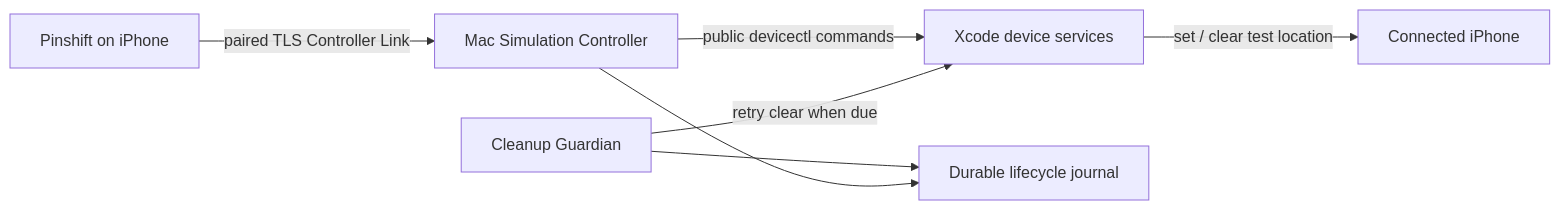
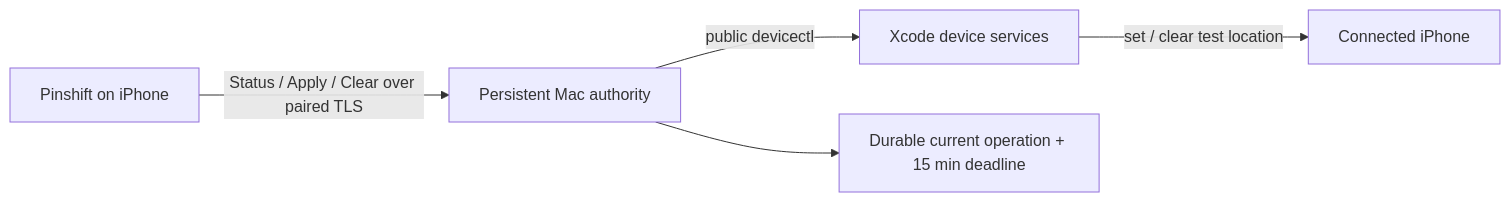
Before and after one commit to sayoriqwq/pinshift: the diagram in README.md, drawn with Mermaid. The commit also changed other lines of this file and 51 other files, not shown here.

````diff
--- a/README.md
+++ b/README.md
@@ -28,9 +28,7 @@
 ```mermaid
 flowchart LR
-  A["Pinshift on iPhone"] -->|"paired TLS Controller Link"| B["Mac Simulation Controller"]
-  B -->|"public devicectl commands"| C["Xcode device services"]
+  A["Pinshift on iPhone"] -->|"Status / Apply / Clear over paired TLS"| B["Persistent Mac authority"]
+  B -->|"public devicectl"| C["Xcode device services"]
   C -->|"set / clear test location"| D["Connected iPhone"]
-  G["Cleanup Guardian"] --> J["Durable lifecycle journal"]
-  B --> J
-  G -->|"retry clear when due"| C
+  B --> E["Durable current operation + 15 min deadline"]
 ```
````
